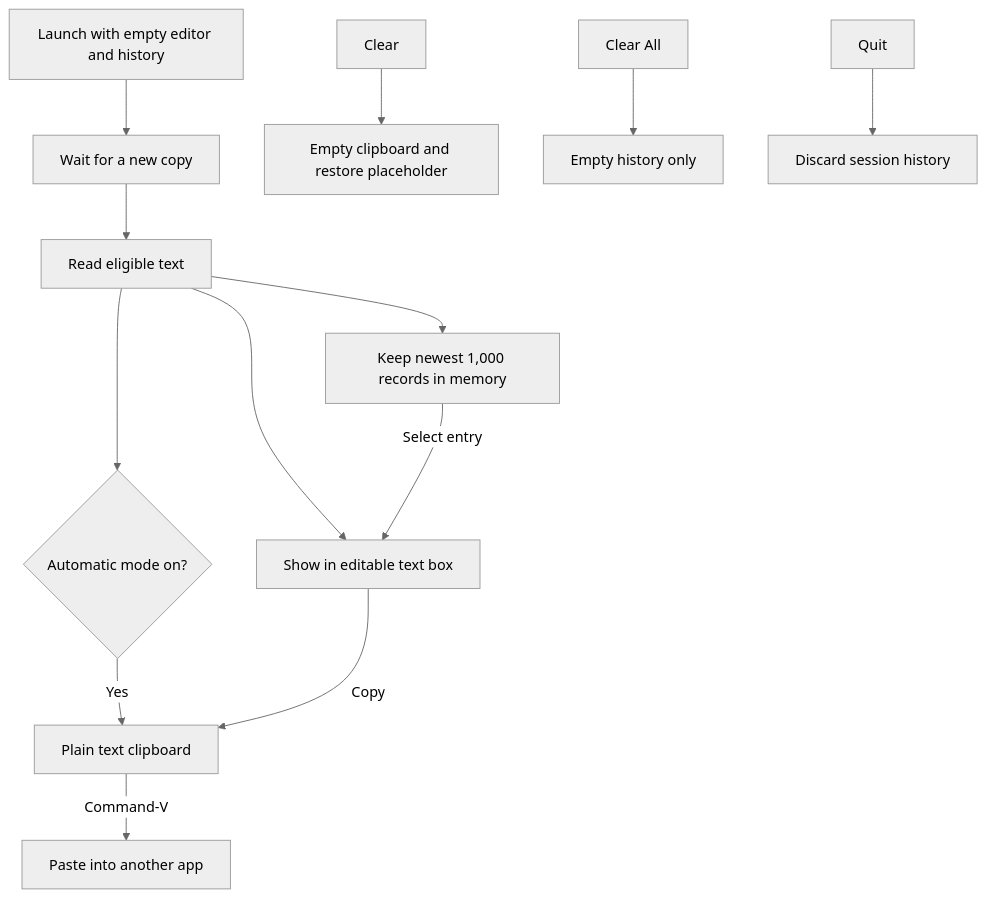
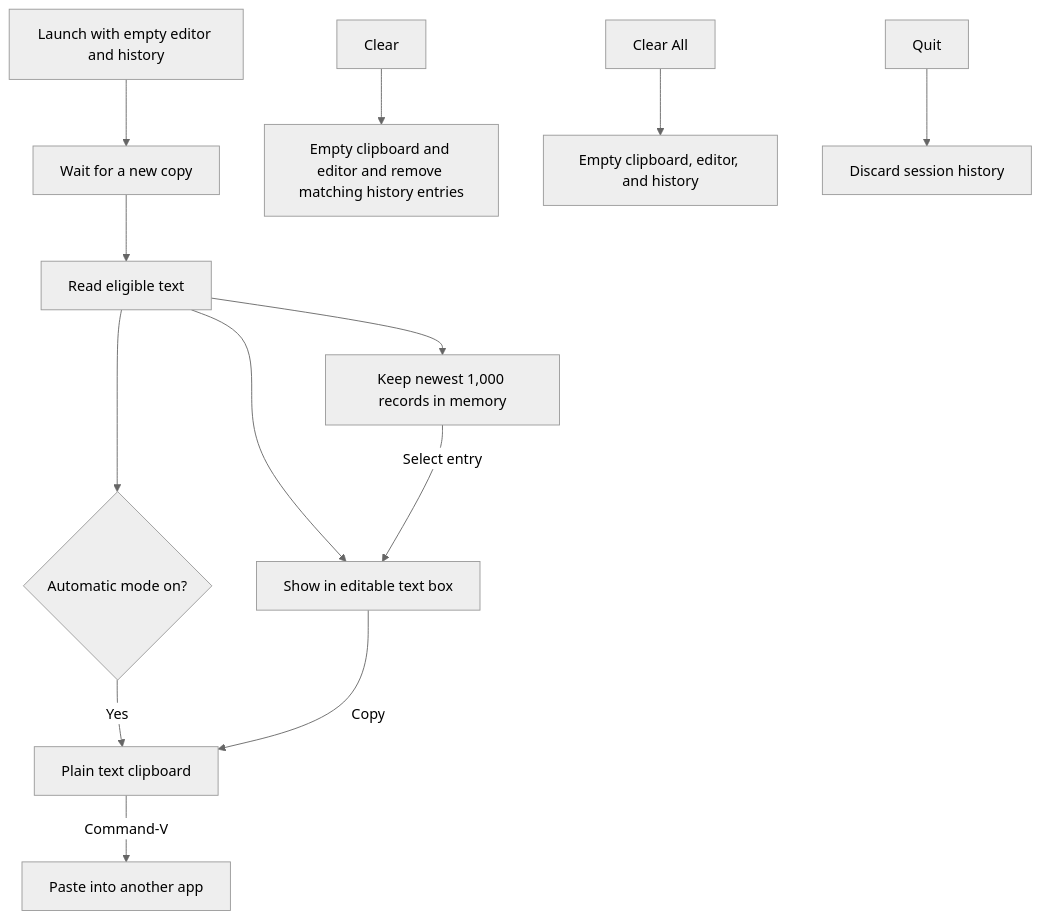
One commit to briantwalter/kopier changed the diagram in README.md. Above: the diagram before and after it, drawn with Mermaid (neutral theme). The commit also changed other lines of this file and 4 other files, not shown here.

````diff
--- a/README.md
+++ b/README.md
@@ -45,15 +45,15 @@
 ```mermaid
 flowchart TD
     Launch[Launch with empty editor and history] --> Wait[Wait for a new copy]
     Wait --> Text[Read eligible text]
     Text --> Editor[Show in editable text box]
     Text --> History[Keep newest 1,000 records in memory]
     Text --> Auto{Automatic mode on?}
     Auto -->|Yes| Clipboard[Plain text clipboard]
     History -->|Select entry| Editor
     Editor -->|Copy| Clipboard
     Clipboard -->|Command-V| Destination[Paste into another app]
-    Clear[Clear] --> Empty[Empty clipboard and restore placeholder]
-    ClearAll[Clear All] --> EmptyHistory[Empty history only]
+    Clear[Clear] --> Empty[Empty clipboard and editor and remove matching history entries]
+    ClearAll[Clear All] --> EmptyHistory[Empty clipboard, editor, and history]
     Quit[Quit] --> Discard[Discard session history]
 ```
````
